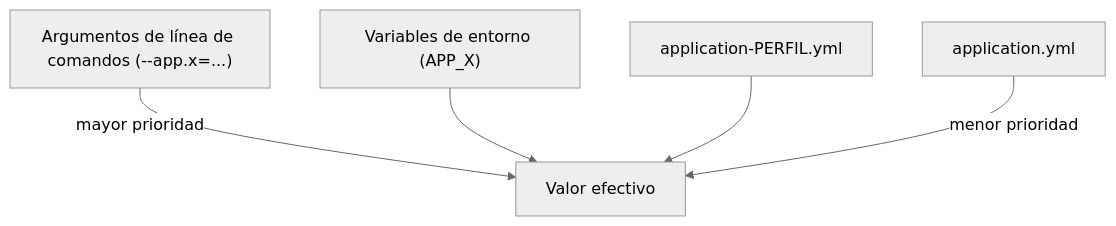
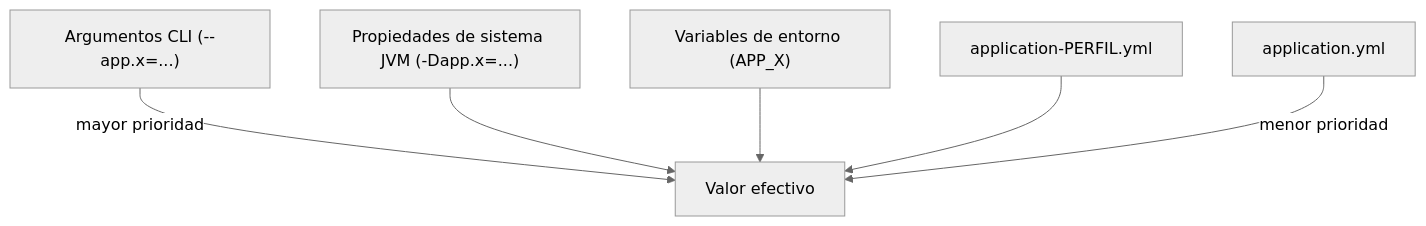
One commit to obiticadev/DAM-2025-26 changed the third of 4 diagrams in Programación/Aprendizaje autodidacta/11_APIRESTMasterclass/teoria/04_Spring_Boot_Config.md. Above: the diagram before and after it, drawn with Mermaid (neutral theme). The commit also changed other lines of this file and 74 other files, not shown here.

````diff
--- a/Programación/Aprendizaje autodidacta/11_APIRESTMasterclass/teoria/04_Spring_Boot_Config.md
+++ b/Programación/Aprendizaje autodidacta/11_APIRESTMasterclass/teoria/04_Spring_Boot_Config.md
@@ -201,7 +217,8 @@
 ```mermaid
 flowchart TD
-    A["Argumentos de línea de comandos (--app.x=...)"] -->|mayor prioridad| R[Valor efectivo]
+    A["Argumentos CLI (--app.x=...)"] -->|mayor prioridad| R[Valor efectivo]
+    P["Propiedades de sistema JVM (-Dapp.x=...)"] --> R
     B["Variables de entorno (APP_X)"] --> R
     C["application-PERFIL.yml"] --> R
     D["application.yml"] -->|menor prioridad| R
 ```
````
